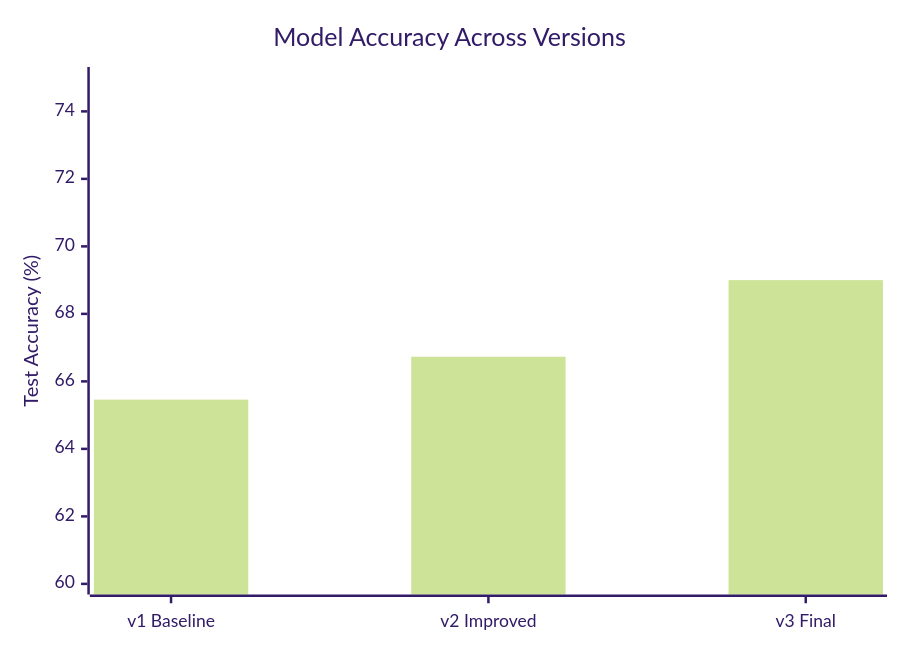
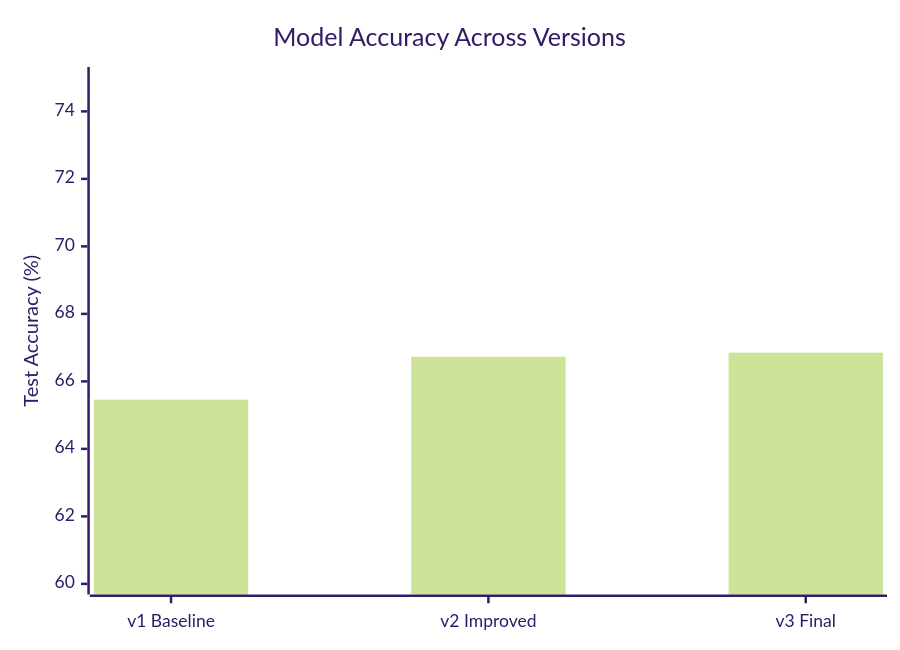
Before and after one commit to LALITAMITTAL18/EAISI-NHS: the fourth of 7 diagrams in deliverables/WorkInProgress/Business-Report-DeepLearning.md, drawn with Mermaid (forest theme). The commit also changed other lines of this file and 19 other files, not shown here.

````diff
--- a/deliverables/WorkInProgress/Business-Report-DeepLearning.md
+++ b/deliverables/WorkInProgress/Business-Report-DeepLearning.md
@@ -193,7 +195,7 @@
 ```mermaid
 xychart-beta
     title "Model Accuracy Across Versions"
     x-axis ["v1 Baseline", "v2 Improved", "v3 Final"]
     y-axis "Test Accuracy (%)" 60 --> 75
-    bar [65.46, 66.73, 69.0]
+    bar [65.46, 66.73, 66.85]
 ```
````
